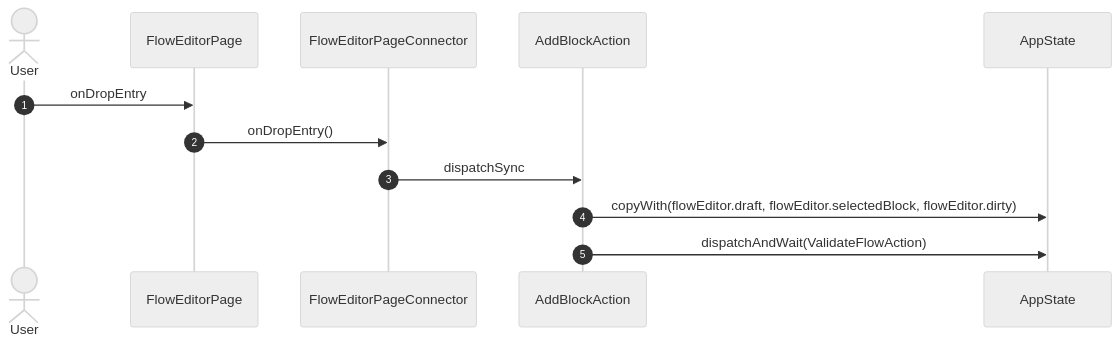
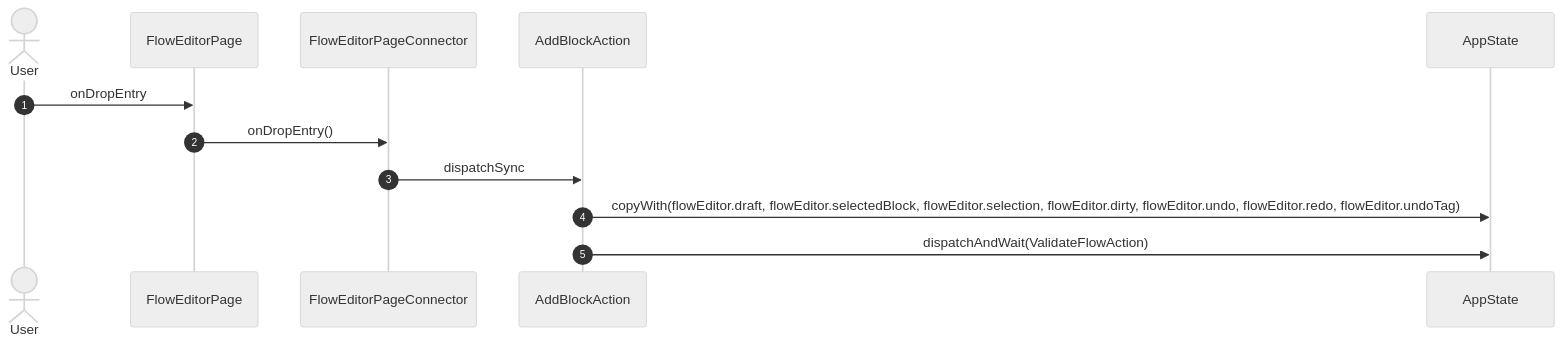
Diagram 22 of 30 in studio/docs/flows/flowEditor.md (gencto/wyrm), drawn with Mermaid (neutral theme) before and after one commit. The commit also changed other lines of this file and 82 other files, not shown here.

First line of the commit message:
studio: pins, selection, clipboard, undo and shortcuts on the flow canvas

````diff
--- a/studio/docs/flows/flowEditor.md
+++ b/studio/docs/flows/flowEditor.md
@@ -301,15 +453,15 @@
 ```mermaid
 sequenceDiagram
     autonumber
     actor User
     participant UI as FlowEditorPage
     participant VM as FlowEditorPageConnector
     participant A1 as AddBlockAction
     participant ST as AppState
 
     User->>UI: onDropEntry
     UI->>VM: onDropEntry()
     VM->>A1: dispatchSync
-    A1->>ST: copyWith(flowEditor.draft, flowEditor.selectedBlock, flowEditor.dirty)
+    A1->>ST: copyWith(flowEditor.draft, flowEditor.selectedBlock, flowEditor.selection, flowEditor.dirty, flowEditor.undo, flowEditor.redo, flowEditor.undoTag)
     A1->>ST: dispatchAndWait(ValidateFlowAction)
 ```
````
